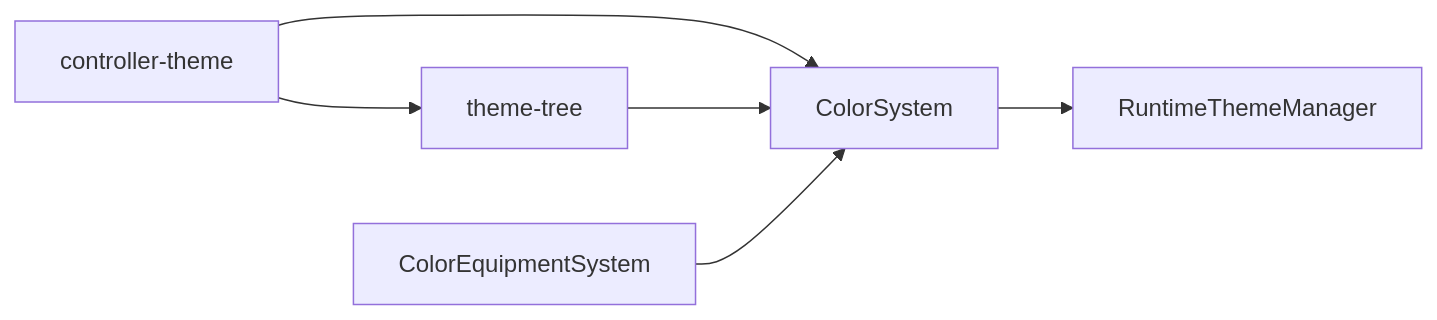
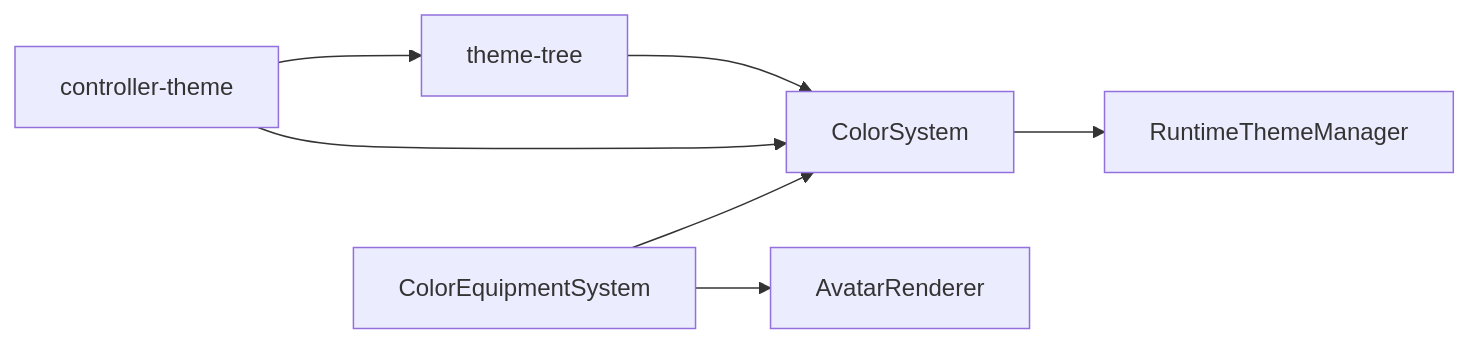
One commit to EsiLA9/Arona-Clicker changed the sixth of 6 diagrams in .qoder/repowiki/zh/content/用户界面/主题系统/颜色方案系统.md. Above: the diagram before and after it, drawn with Mermaid. The commit also changed other lines of this file and 76 other files, not shown here.

````diff
--- a/.qoder/repowiki/zh/content/用户界面/主题系统/颜色方案系统.md
+++ b/.qoder/repowiki/zh/content/用户界面/主题系统/颜色方案系统.md
@@ -326,8 +372,9 @@
 ```mermaid
 graph LR
 CS["ColorSystem"] --> RTM["RuntimeThemeManager"]
+CES["ColorEquipmentSystem"] --> CS
+CES --> AR["AvatarRenderer"]
 CT["controller-theme"] --> CS
 CT --> TT["theme-tree"]
 TT --> CS
-CES["ColorEquipmentSystem"] --> CS
 ```
````
